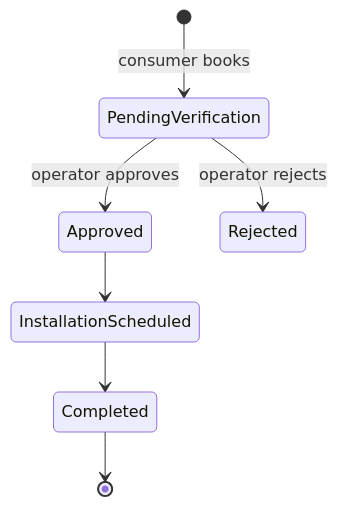
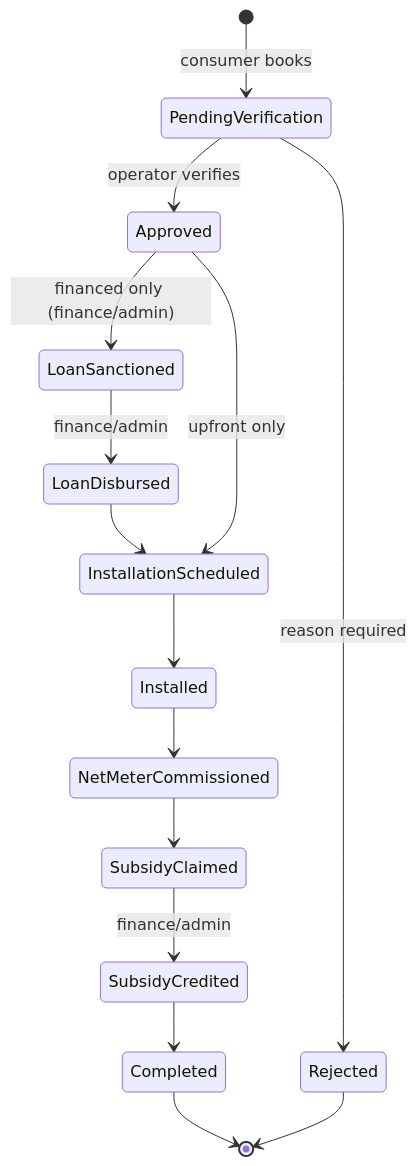
Before and after one commit to SuspiciousJudge/Solar-Mitra: the second of 2 diagrams in README.md, drawn with Mermaid. The commit also changed other lines of this file and 82 other files, not shown here.

````diff
--- a/README.md
+++ b/README.md
@@ -149,9 +183,17 @@
 ```mermaid
 stateDiagram-v2
   [*] --> PendingVerification: consumer books
-  PendingVerification --> Approved: operator approves
-  PendingVerification --> Rejected: operator rejects
-  Approved --> InstallationScheduled
-  InstallationScheduled --> Completed
+  PendingVerification --> Approved: operator verifies
+  PendingVerification --> Rejected: reason required
+  Approved --> LoanSanctioned: financed only (finance/admin)
+  LoanSanctioned --> LoanDisbursed: finance/admin
+  LoanDisbursed --> InstallationScheduled
+  Approved --> InstallationScheduled: upfront only
+  InstallationScheduled --> Installed
+  Installed --> NetMeterCommissioned
+  NetMeterCommissioned --> SubsidyClaimed
+  SubsidyClaimed --> SubsidyCredited: finance/admin
+  SubsidyCredited --> Completed
   Completed --> [*]
+  Rejected --> [*]
 ```
````
